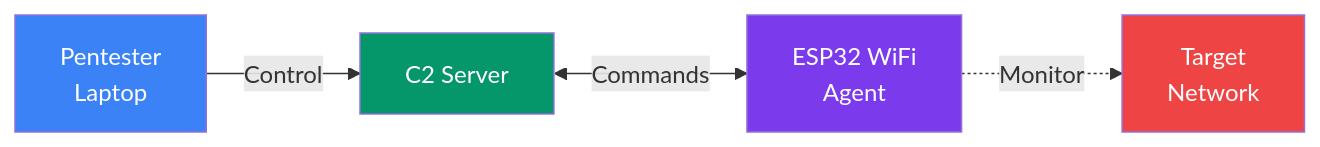
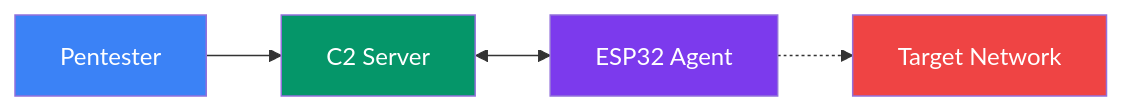
The fifth of 7 diagrams in docs/getting-started/architecture.md (Espilon-Net/espilon-docs), drawn with Mermaid before and after one commit. The commit also changed other lines of this file and 12 other files, not shown here.

````diff
--- a/docs/getting-started/architecture.md
+++ b/docs/getting-started/architecture.md
@@ -124,16 +197,11 @@
 ```mermaid
 graph LR
-    TESTER[Pentester<br/>Laptop]
-    C2[C2 Server]
-    ESP[ESP32 WiFi<br/>Agent]
-    TARGET[Target<br/>Network]
-
-    TESTER -->|Control| C2
-    C2 <-->|Commands| ESP
-    ESP -.->|Monitor| TARGET
+    TESTER[Pentester] --> C2[C2 Server]
+    C2 <--> ESP[ESP32 Agent]
+    ESP -.-> TARGET[Target Network]
 
     style TESTER fill:#3b82f6,color:#fff
     style C2 fill:#059669,color:#fff
     style ESP fill:#7c3aed,color:#fff
     style TARGET fill:#ef4444,color:#fff
 ```
````
